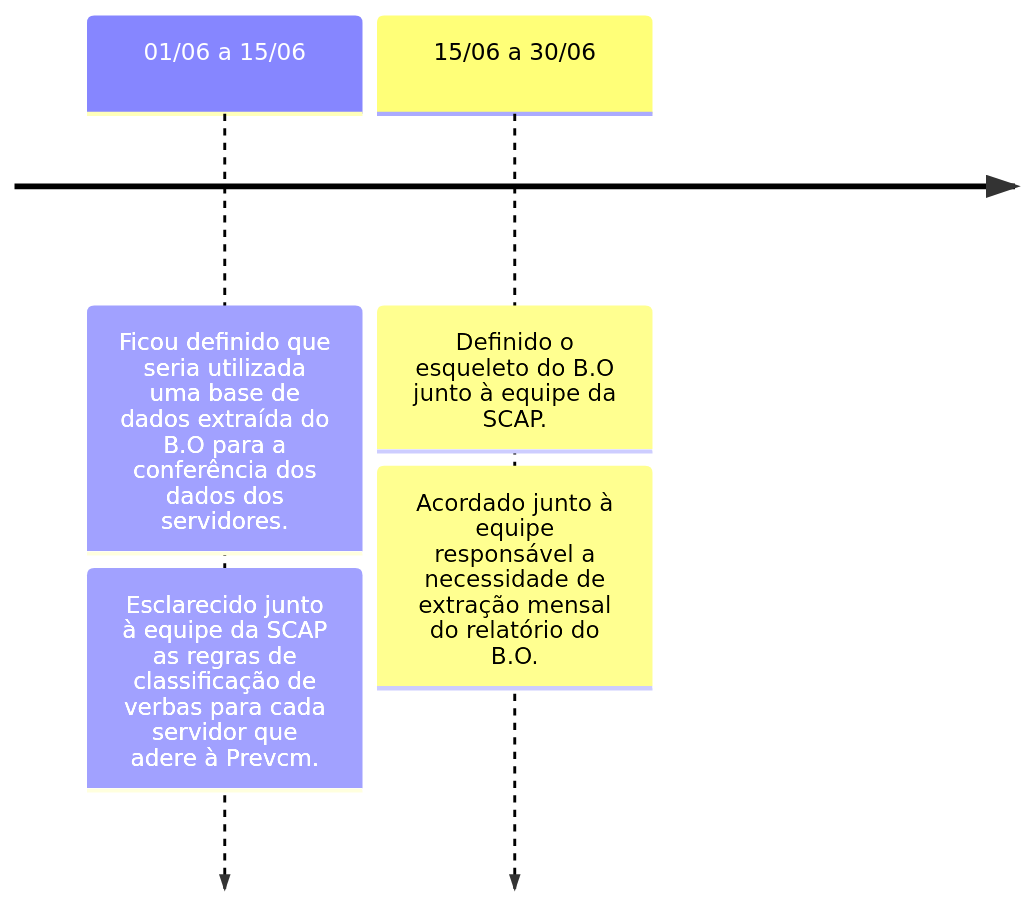
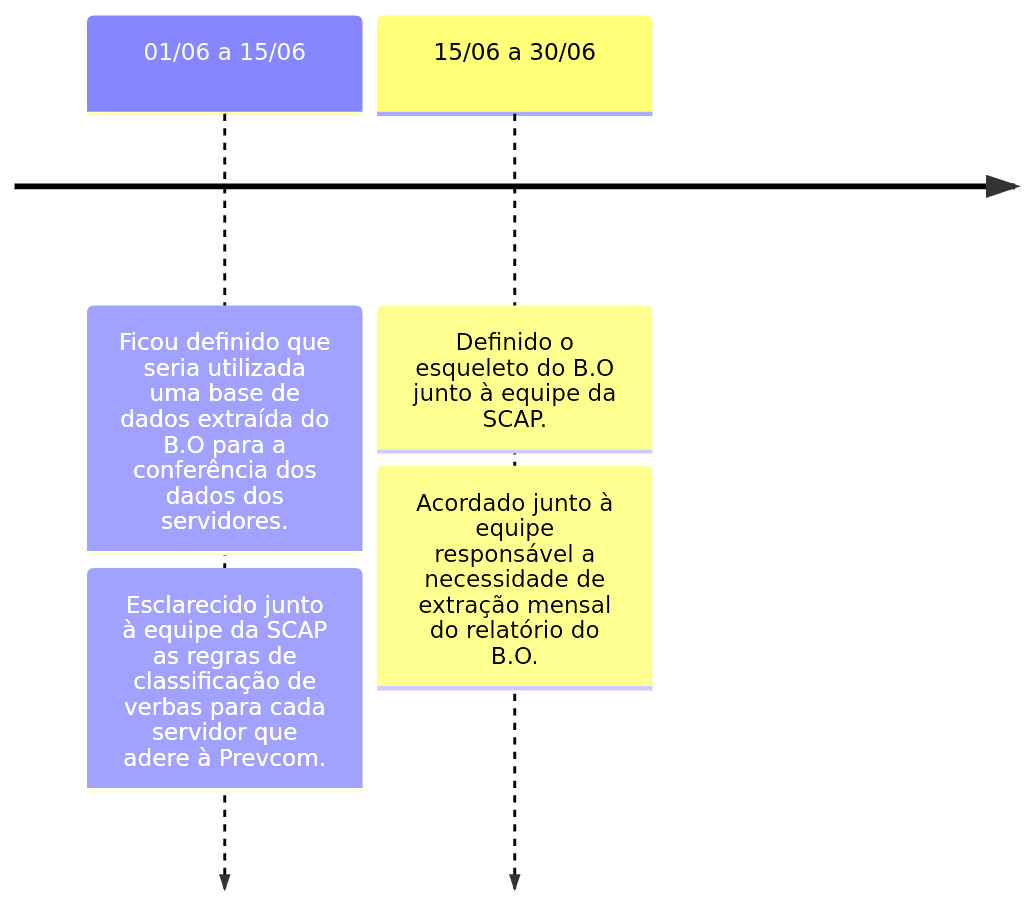
One commit to automatiza-mg/handbook changed the second of 4 diagrams in docs/linha_do_tempo/projeto_seplag_scap.md. Above: the diagram before and after it, drawn with Mermaid.

````diff
--- a/docs/linha_do_tempo/projeto_seplag_scap.md
+++ b/docs/linha_do_tempo/projeto_seplag_scap.md
@@ -27,7 +27,7 @@
     ```mermaid
     timeline
         01/06 a 15/06 : Ficou definido que seria utilizada uma base de dados extraída do B.O para a conferência dos dados dos servidores.
-                      : Esclarecido junto à equipe da SCAP as regras de classificação de verbas para cada servidor que adere à Prevcm.
+                      : Esclarecido junto à equipe da SCAP as regras de classificação de verbas para cada servidor que adere à Prevcom.
         15/06 a 30/06 : Definido o esqueleto do B.O junto à equipe da SCAP.
                       : Acordado junto à equipe responsável a necessidade de extração mensal do relatório do B.O.          
     ```
````
